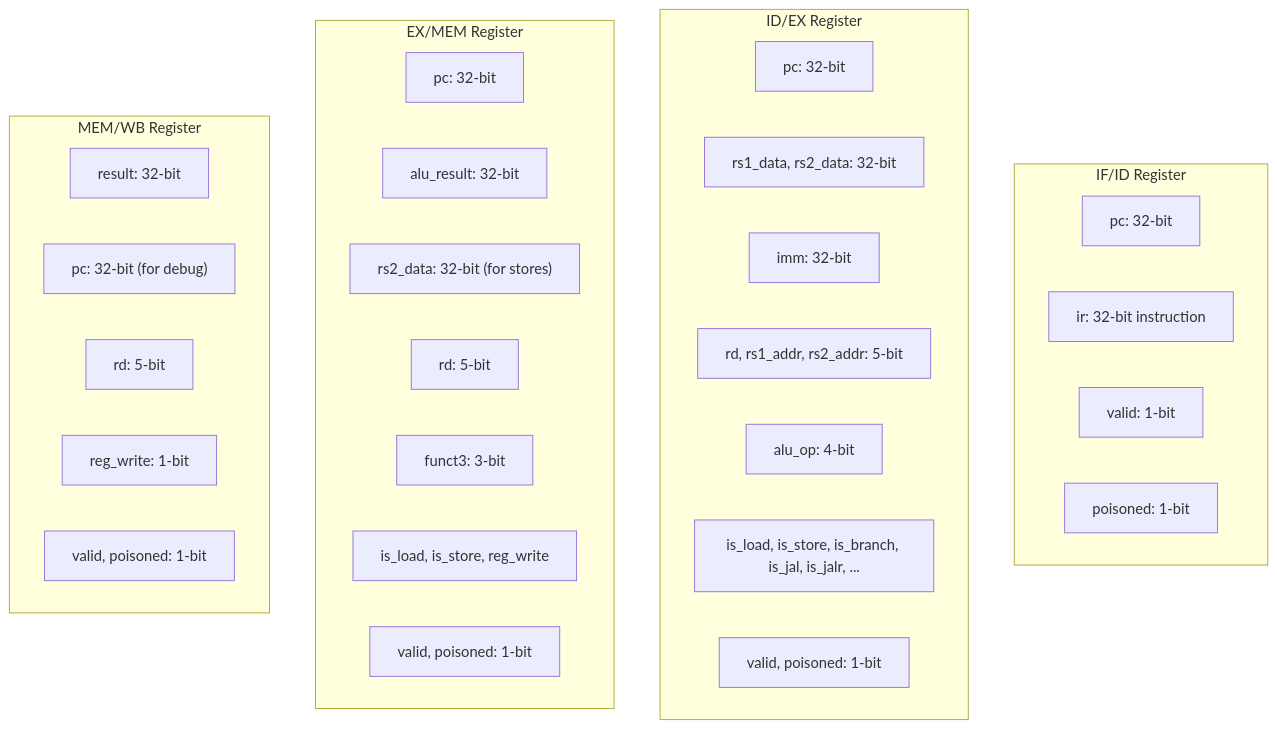
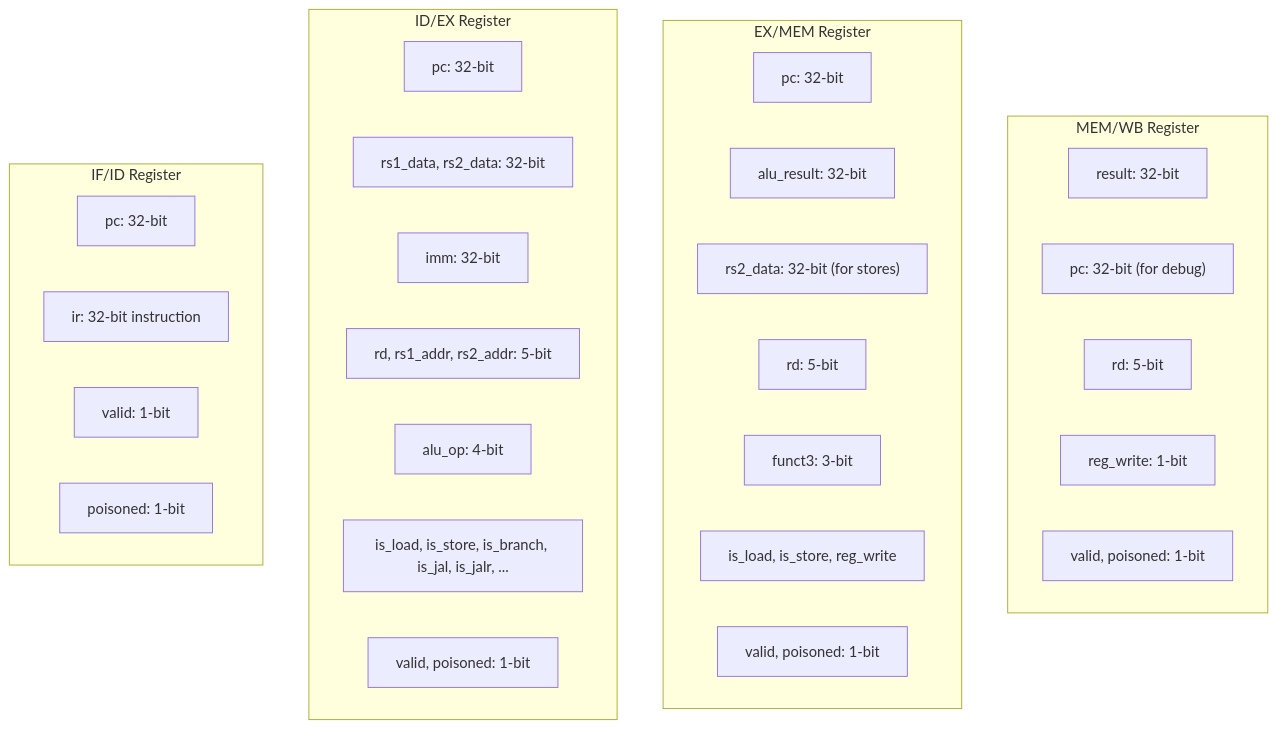
The sixth of 10 diagrams in doc/PIPELINE.md (paudiaz99/Z-Core), drawn with Mermaid before and after one commit.

Commit message:
PIPELINE.md

````diff
--- a/doc/PIPELINE.md
+++ b/doc/PIPELINE.md
@@ -189,37 +189,37 @@
 ```mermaid
 graph TD
-    subgraph IF_ID["IF/ID Register"]
-        A1["pc: 32-bit"]
-        A2["ir: 32-bit instruction"]
-        A3["valid: 1-bit"]
-        A4["poisoned: 1-bit"]
+    subgraph MEM_WB["MEM/WB Register"]
+        D1["result: 32-bit"]
+        D2["pc: 32-bit (for debug)"]
+        D3["rd: 5-bit"]
+        D4["reg_write: 1-bit"]
+        D5["valid, poisoned: 1-bit"]
     end
-    
+
+    subgraph EX_MEM["EX/MEM Register"]
+        C1["pc: 32-bit"]
+        C2["alu_result: 32-bit"]
+        C3["rs2_data: 32-bit (for stores)"]
+        C4["rd: 5-bit"]
+        C5["funct3: 3-bit"]
+        C6["is_load, is_store, reg_write"]
+        C7["valid, poisoned: 1-bit"]
+    end
+
     subgraph ID_EX["ID/EX Register"]
         B1["pc: 32-bit"]
         B2["rs1_data, rs2_data: 32-bit"]
         B3["imm: 32-bit"]
         B4["rd, rs1_addr, rs2_addr: 5-bit"]
         B5["alu_op: 4-bit"]
         B6["is_load, is_store, is_branch, is_jal, is_jalr, ..."]
         B7["valid, poisoned: 1-bit"]
     end
-    
-    subgraph EX_MEM["EX/MEM Register"]
-        C1["pc: 32-bit"]
-        C2["alu_result: 32-bit"]
-        C3["rs2_data: 32-bit (for stores)"]
-        C4["rd: 5-bit"]
-        C5["funct3: 3-bit"]
-        C6["is_load, is_store, reg_write"]
-        C7["valid, poisoned: 1-bit"]
-    end
-    
-    subgraph MEM_WB["MEM/WB Register"]
-        D1["result: 32-bit"]
-        D2["pc: 32-bit (for debug)"]
-        D3["rd: 5-bit"]
-        D4["reg_write: 1-bit"]
-        D5["valid, poisoned: 1-bit"]
+
+    subgraph IF_ID["IF/ID Register"]
+        A1["pc: 32-bit"]
+        A2["ir: 32-bit instruction"]
+        A3["valid: 1-bit"]
+        A4["poisoned: 1-bit"]
     end
 ```
````
